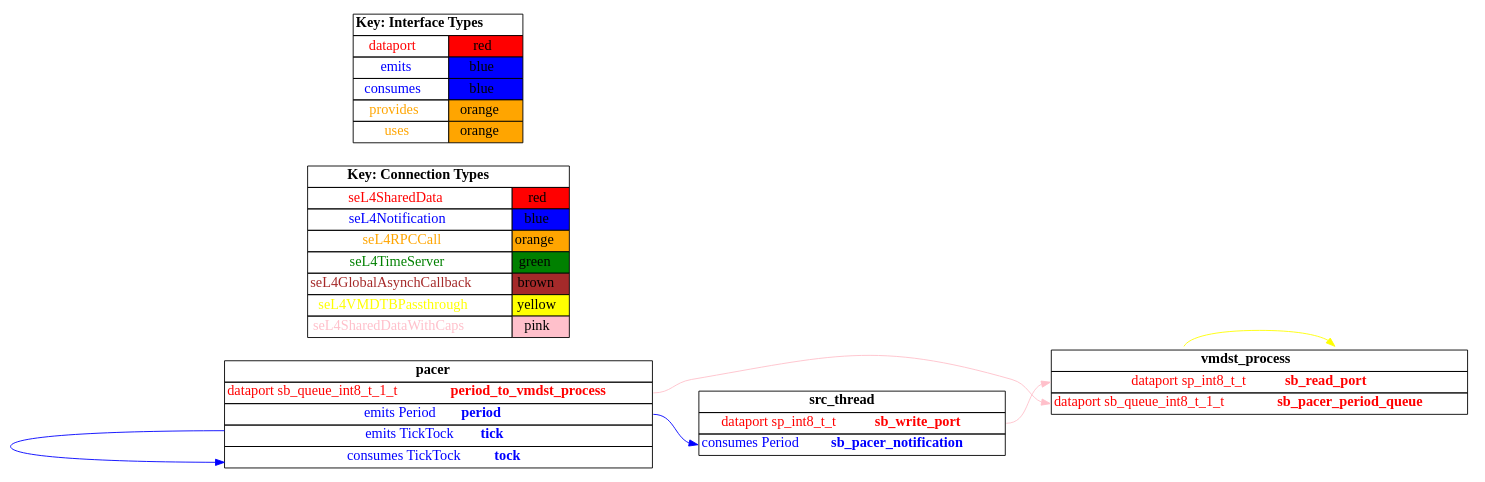
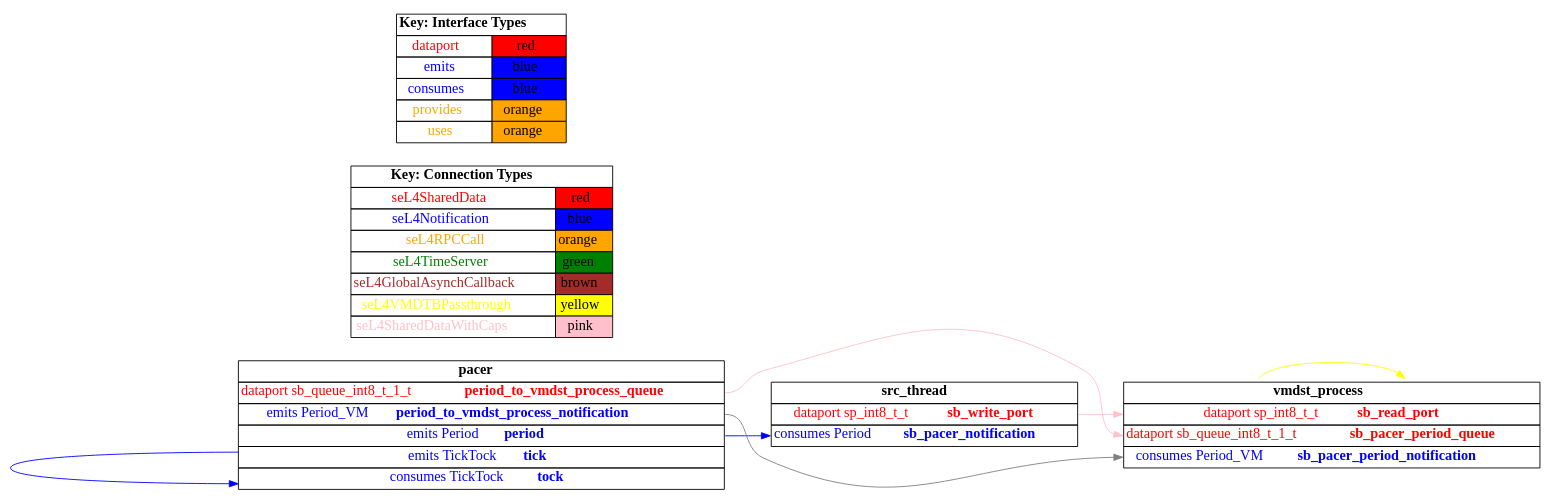
The diagram in TA5/tool-evaluation-4/HAMR/examples/test_data_port_periodic_domains_VM/receiver_vm/CAmkES_seL4_Only/graph.dot (loonwerks/CASE), drawn with Graphviz before and after one commit. The commit also changed 84 other files, not shown here.

Commit message:
glue code for VM data port micro-examples

```diff
--- a/TA5/tool-evaluation-4/HAMR/examples/test_data_port_periodic_domains_VM/receiver_vm/CAmkES_seL4_Only/graph.dot
+++ b/TA5/tool-evaluation-4/HAMR/examples/test_data_port_periodic_domains_VM/receiver_vm/CAmkES_seL4_Only/graph.dot
@@ -1,108 +1,116 @@
 digraph g {
 graph [
   overlap = false,
   rankdir = "LR"
 ];
 node [
   fontsize = "16",
   shape = "ellipse"
 ];
 edge [
 ];
 
 src_thread [
   label=<
     <TABLE BORDER="0" CELLBORDER="1" CELLSPACING="0">
       <TR><TD><B>src_thread</B></TD></TR>
       <TR><TD PORT="sb_write_port"><FONT COLOR="red">dataport sp_int8_t_t <B>sb_write_port</B></FONT></TD></TR>
       <TR><TD PORT="sb_pacer_notification"><FONT COLOR="blue">consumes Period <B>sb_pacer_notification</B></FONT></TD></TR>"
     </TABLE>
   >
   shape=plaintext
 ];
 
 vmdst_process [
   label=<
     <TABLE BORDER="0" CELLBORDER="1" CELLSPACING="0">
       <TR><TD><B>vmdst_process</B></TD></TR>
       <TR><TD PORT="sb_read_port"><FONT COLOR="red">dataport sp_int8_t_t <B>sb_read_port</B></FONT></TD></TR>
-      <TR><TD PORT="sb_pacer_period_queue"><FONT COLOR="red">dataport sb_queue_int8_t_1_t <B>sb_pacer_period_queue</B></FONT></TD></TR>"
+      <TR><TD PORT="sb_pacer_period_queue"><FONT COLOR="red">dataport sb_queue_int8_t_1_t <B>sb_pacer_period_queue</B></FONT></TD></TR>
+      <TR><TD PORT="sb_pacer_period_notification"><FONT COLOR="blue">consumes Period_VM <B>sb_pacer_period_notification</B></FONT></TD></TR>"
     </TABLE>
   >
   shape=plaintext
 ];
 
 pacer [
   label=<
     <TABLE BORDER="0" CELLBORDER="1" CELLSPACING="0">
       <TR><TD><B>pacer</B></TD></TR>
-      <TR><TD PORT="period_to_vmdst_process"><FONT COLOR="red">dataport sb_queue_int8_t_1_t <B>period_to_vmdst_process</B></FONT></TD></TR>
+      <TR><TD PORT="period_to_vmdst_process_queue"><FONT COLOR="red">dataport sb_queue_int8_t_1_t <B>period_to_vmdst_process_queue</B></FONT></TD></TR>
+      <TR><TD PORT="period_to_vmdst_process_notification"><FONT COLOR="blue">emits Period_VM <B>period_to_vmdst_process_notification</B></FONT></TD></TR>
       <TR><TD PORT="period"><FONT COLOR="blue">emits Period <B>period</B></FONT></TD></TR>
       <TR><TD PORT="tick"><FONT COLOR="blue">emits TickTock <B>tick</B></FONT></TD></TR>
       <TR><TD PORT="tock"><FONT COLOR="blue">consumes TickTock <B>tock</B></FONT></TD></TR>"
     </TABLE>
   >
   shape=plaintext
 ];
 
 connectiontypekey [
   label=<
    <TABLE BORDER="0" CELLBORDER="1" CELLSPACING="0">
      <TR><TD COLSPAN="2"><B>Key: Connection Types</B></TD></TR>
      <TR><TD><FONT COLOR="red">seL4SharedData</FONT></TD><TD BGCOLOR="red">red</TD></TR>
      <TR><TD><FONT COLOR="blue">seL4Notification</FONT></TD><TD BGCOLOR="blue">blue</TD></TR>
      <TR><TD><FONT COLOR="orange">seL4RPCCall</FONT></TD><TD BGCOLOR="orange">orange</TD></TR>
      <TR><TD><FONT COLOR="green">seL4TimeServer</FONT></TD><TD BGCOLOR="green">green</TD></TR>
      <TR><TD><FONT COLOR="brown">seL4GlobalAsynchCallback</FONT></TD><TD BGCOLOR="brown">brown</TD></TR>
      <TR><TD><FONT COLOR="yellow">seL4VMDTBPassthrough</FONT></TD><TD BGCOLOR="yellow">yellow</TD></TR>
      <TR><TD><FONT COLOR="pink">seL4SharedDataWithCaps</FONT></TD><TD BGCOLOR="pink">pink</TD></TR>
    </TABLE>
   >
   shape=plaintext
 ];
 
 interfacetypekey [
   label=<
    <TABLE BORDER="0" CELLBORDER="1" CELLSPACING="0">
      <TR><TD COLSPAN="2"><B>Key: Interface Types</B></TD></TR>
      <TR><TD><FONT COLOR="red">dataport</FONT></TD><TD BGCOLOR="red">red</TD></TR>
      <TR><TD><FONT COLOR="blue">emits</FONT></TD><TD BGCOLOR="blue">blue</TD></TR>
      <TR><TD><FONT COLOR="blue">consumes</FONT></TD><TD BGCOLOR="blue">blue</TD></TR>
      <TR><TD><FONT COLOR="orange">provides</FONT></TD><TD BGCOLOR="orange">orange</TD></TR>
      <TR><TD><FONT COLOR="orange">uses</FONT></TD><TD BGCOLOR="orange">orange</TD></TR>
    </TABLE>
   >
   shape=plaintext
 ];
 
 "vmdst_process":dtb_self -> "vmdst_process":dtb [
   color="yellow"
   //label = "seL4VMDTBPassthrough"
   id = conn1
 ];
 
 "src_thread":sb_write_port -> "vmdst_process":sb_read_port [
   color="pink"
   //label = "seL4SharedDataWithCaps"
   id = conn2
 ];
 
 "pacer":tick -> "pacer":tock [
   color="blue"
   //label = "seL4Notification"
   id = conn3
 ];
 
 "pacer":period -> "src_thread":sb_pacer_notification [
   color="blue"
   //label = "seL4Notification"
   id = conn4
 ];
 
-"pacer":period_to_vmdst_process -> "vmdst_process":sb_pacer_period_queue [
-  color="pink"
-  //label = "seL4SharedDataWithCaps"
+"pacer":period_to_vmdst_process_notification -> "vmdst_process":sb_pacer_period_notification [
+  color="grey"
+  //label = "seL4GlobalAsynch"
   id = conn5
 ];
 
+"pacer":period_to_vmdst_process_queue -> "vmdst_process":sb_pacer_period_queue [
+  color="pink"
+  //label = "seL4SharedDataWithCaps"
+  id = conn6
+];
+
 }
```
